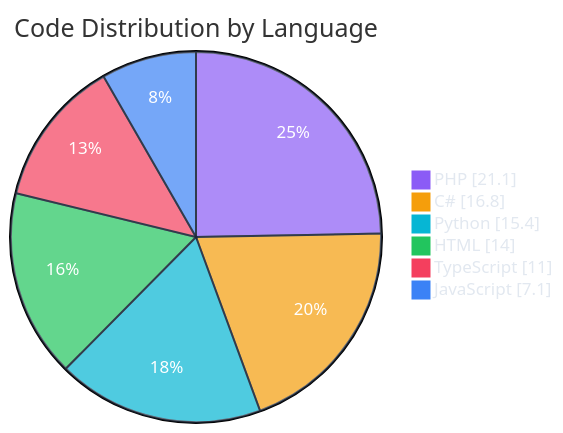
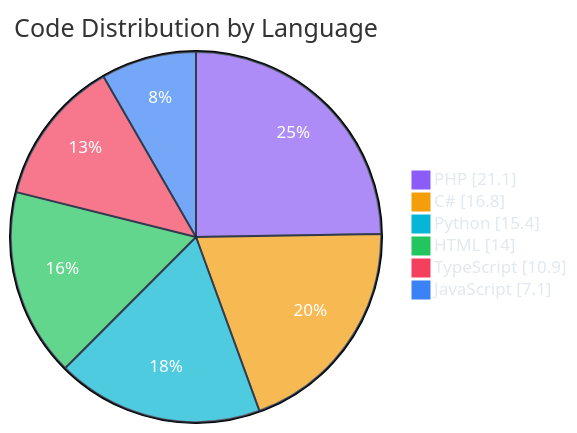
Before and after one commit to polo-nyan/polo-nyan: the second of 7 diagrams in README.md, drawn with Mermaid. The commit also changed other lines of this file and 1 other file, not shown here.

````diff
--- a/README.md
+++ b/README.md
@@ -229,11 +229,11 @@
 ```mermaid
 %%{init: {"theme": "base", "themeVariables": { "pie1": "#8b5cf6", "pie2": "#f59e0b", "pie3": "#06b6d4", "pie4": "#22c55e", "pie5": "#f43f5e", "pie6": "#3b82f6", "pie7": "#ec4899", "pieTextColor": "#ffffff", "pieLegendTextColor": "#e2e8f0", "pieSectionTextColor": "#ffffff", "pieStrokeColor": "#1e293b" }}}%%
 pie showData
     title Code Distribution by Language
     "PHP" : 21.1
     "C#" : 16.8
     "Python" : 15.4
     "HTML" : 14.0
-    "TypeScript" : 11.0
+    "TypeScript" : 10.9
     "JavaScript" : 7.1
 ```
````
